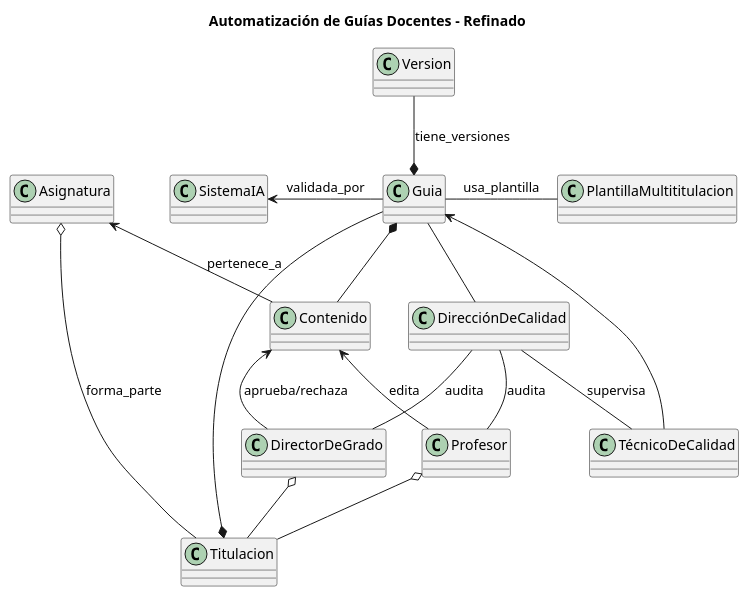
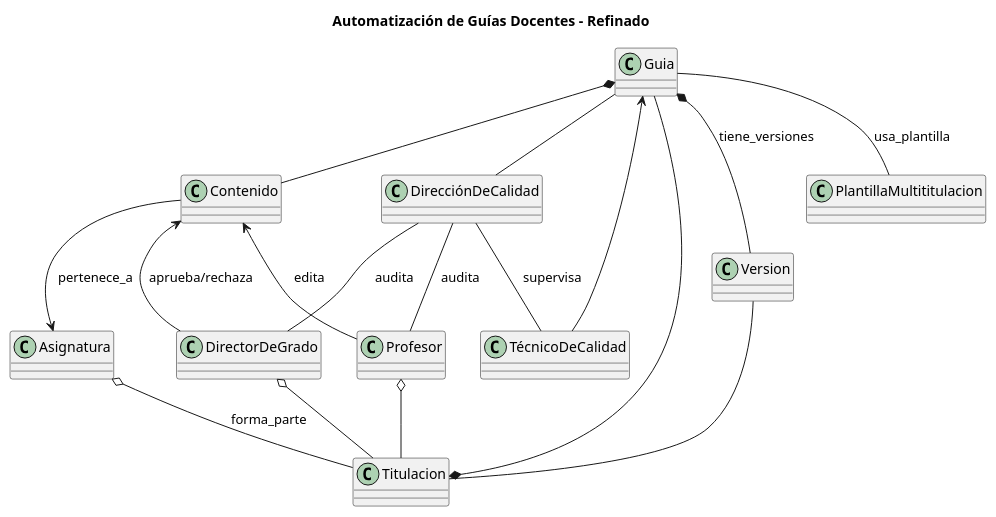
The diagram in ModeloDelDominio/DiagramaDeClases.puml (mmasias/24-25-IdSw1-SDR), drawn with PlantUML before and after one commit.

Commit message:
segunda iteracion - mejoras discutidas en clase

```diff
--- a/ModeloDelDominio/DiagramaDeClases.puml
+++ b/ModeloDelDominio/DiagramaDeClases.puml
@@ -1,38 +1,36 @@
 @startuml Diagrama de Clases
 title Automatización de Guías Docentes - Refinado
 
 class Profesor
 class DirectorDeGrado
 class TécnicoDeCalidad
 class DirecciónDeCalidad
 class Guia
 class Contenido
 class Titulacion
 class Asignatura
 class PlantillaMultititulacion
-class SistemaIA
 class Version
-
 
 Guia -- DirecciónDeCalidad
 Guia <-- TécnicoDeCalidad
 Guia --* Titulacion
 Guia *-- Contenido
-Guia -right- PlantillaMultititulacion: usa_plantilla
-Guia -left-> SistemaIA: validada_por
-Guia *-up- Version: tiene_versiones
-
+Guia -- PlantillaMultititulacion: usa_plantilla
+Guia *-- Version: tiene_versiones
 
 DirecciónDeCalidad -- TécnicoDeCalidad: supervisa
 DirecciónDeCalidad -- Profesor: audita
 DirecciónDeCalidad -- DirectorDeGrado: audita
 
 Profesor o-- Titulacion
 DirectorDeGrado o-- Titulacion
+Version -- Titulacion
 
 Contenido <-- DirectorDeGrado: aprueba/rechaza
 Contenido <-- Profesor: edita
-Asignatura <-- Contenido: pertenece_a
+
+Asignatura <-up- Contenido: pertenece_a
 Asignatura o-- Titulacion: forma_parte
 
 @enduml
```
